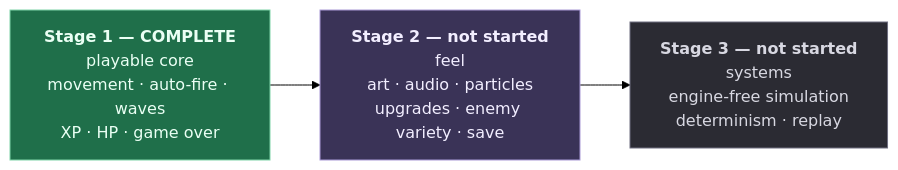
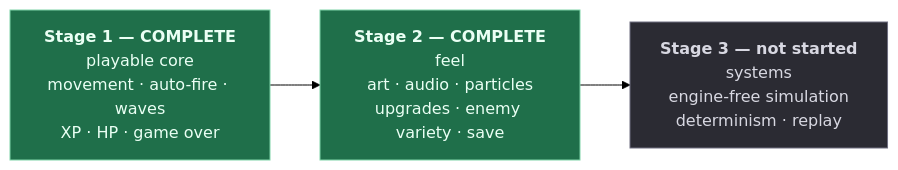
One commit to s3nsh1-dev/2d-brick-game changed the diagram in docs/STATUS.md. Above: the diagram before and after it, drawn with Mermaid (forest theme). The commit also changed other lines of this file and 40 other files, not shown here.

````diff
--- a/docs/STATUS.md
+++ b/docs/STATUS.md
@@ -75,10 +88,10 @@
 ```mermaid
 flowchart LR
     S1["<b>Stage 1 — COMPLETE</b><br/>playable core<br/>movement · auto-fire · waves<br/>XP · HP · game over"]
-    S2["<b>Stage 2 — not started</b><br/>feel<br/>art · audio · particles<br/>upgrades · enemy variety · save"]
+    S2["<b>Stage 2 — COMPLETE</b><br/>feel<br/>art · audio · particles<br/>upgrades · enemy variety · save"]
     S3["<b>Stage 3 — not started</b><br/>systems<br/>engine-free simulation<br/>determinism · replay"]
     S1 --> S2 --> S3
     style S1 fill:#1f6f4a,stroke:#7fd4a8,color:#eafff4
-    style S2 fill:#3a3357,stroke:#a99ad6,color:#f2eeff
+    style S2 fill:#1f6f4a,stroke:#7fd4a8,color:#eafff4
     style S3 fill:#2b2b33,stroke:#6f6f80,color:#d8d8e2
 ```
````
